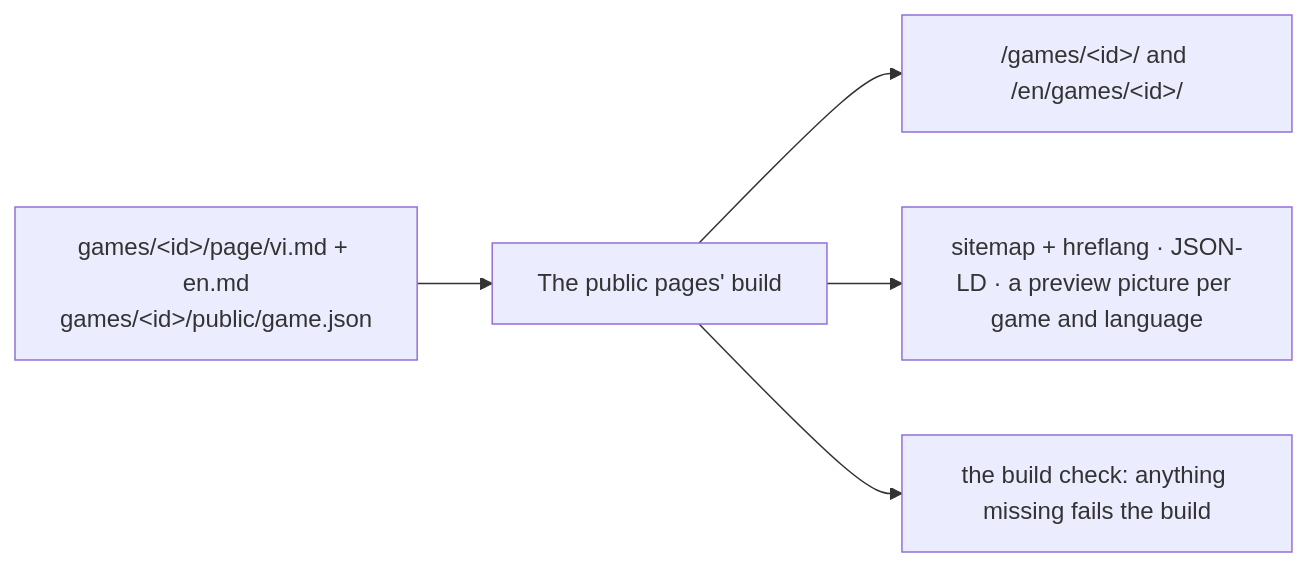
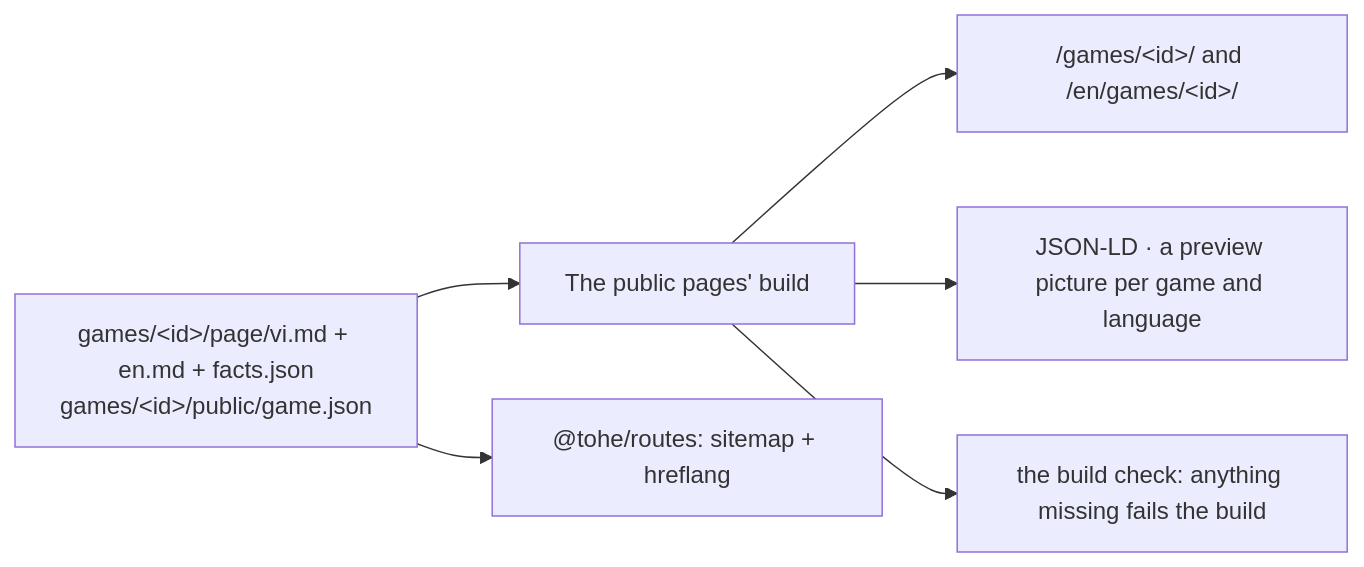
One commit to vinh466/tohe-play changed the third of 3 diagrams in docs/architecture/surfaces.md. Above: the diagram before and after it, drawn with Mermaid. The commit also changed other lines of this file and 4 other files, not shown here.

Commit message:
docs: G0 review — Access and the update policy marked as proposals, the app's language rule made consistent, the sitemap in @tohe/routes, facts.json, descriptions open, L3 is more than configuration

````diff
--- a/docs/architecture/surfaces.md
+++ b/docs/architecture/surfaces.md
@@ -128,7 +131,8 @@
 ```mermaid
 flowchart LR
-  src["games/&lt;id&gt;/page/vi.md + en.md<br/>games/&lt;id&gt;/public/game.json"] --> build[The public pages' build]
+  src["games/&lt;id&gt;/page/vi.md + en.md + facts.json<br/>games/&lt;id&gt;/public/game.json"] --> build[The public pages' build]
   build --> pages["/games/&lt;id&gt;/ and /en/games/&lt;id&gt;/"]
-  build --> meta["sitemap + hreflang · JSON-LD · a preview picture per game and language"]
+  build --> meta["JSON-LD · a preview picture per game and language"]
+  src --> routes["@tohe/routes: sitemap + hreflang"]
   build --> check["the build check: anything missing fails the build"]
 ```
````
